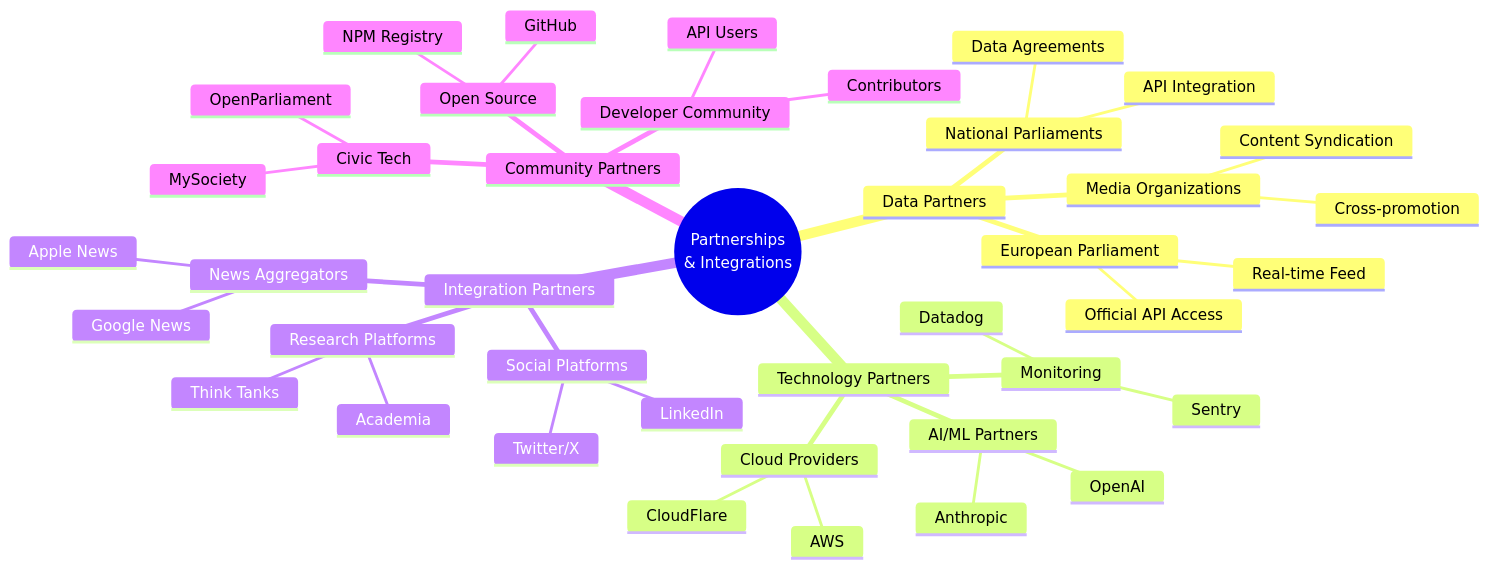
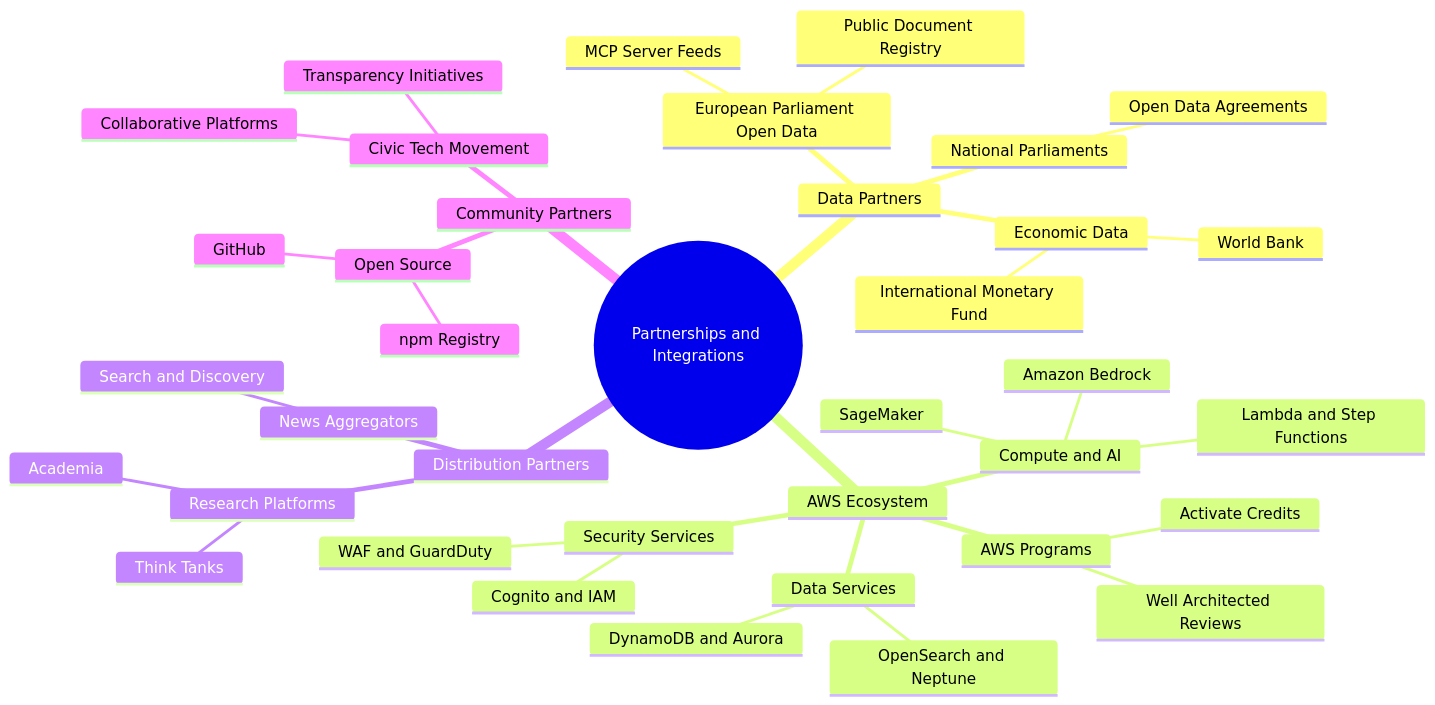
Before and after one commit to Hack23/euparliamentmonitor: diagram 12 of 15 in FUTURE_MINDMAP.md, drawn with Mermaid. The commit also changed other lines of this file and 5 other files, not shown here.

Commit message:
docs: rewrite FUTURE architecture portfolio for v2.0/v3.0 all-in-AWS vision

````diff
--- a/FUTURE_MINDMAP.md
+++ b/FUTURE_MINDMAP.md
@@ -756,47 +663,40 @@
 ```mermaid
 mindmap
-  root((Partnerships<br/>& Integrations))
+  root((Partnerships and Integrations))
     Data Partners
-      European Parliament
-        Official API Access
-        Real-time Feed
+      European Parliament Open Data
+        MCP Server Feeds
+        Public Document Registry
+      Economic Data
+        World Bank
+        International Monetary Fund
       National Parliaments
-        Data Agreements
-        API Integration
-      Media Organizations
-        Content Syndication
-        Cross-promotion
-
-    Technology Partners
-      Cloud Providers
-        AWS
-        CloudFlare
-      AI/ML Partners
-        OpenAI
-        Anthropic
-      Monitoring
-        Datadog
-        Sentry
-
-    Integration Partners
+        Open Data Agreements
+    AWS Ecosystem
+      Compute and AI
+        Lambda and Step Functions
+        Amazon Bedrock
+        SageMaker
+      Data Services
+        DynamoDB and Aurora
+        OpenSearch and Neptune
+      Security Services
+        Cognito and IAM
+        WAF and GuardDuty
+      AWS Programs
+        Activate Credits
+        Well Architected Reviews
+    Distribution Partners
       News Aggregators
-        Google News
-        Apple News
-      Social Platforms
-        Twitter/X
-        LinkedIn
+        Search and Discovery
       Research Platforms
         Academia
         Think Tanks
-
     Community Partners
       Open Source
         GitHub
-        NPM Registry
-      Developer Community
-        API Users
-        Contributors
-      Civic Tech
-        MySociety
-        OpenParliament
+        npm Registry
+      Civic Tech Movement
+        Transparency Initiatives
+        Collaborative Platforms
 ```
````
